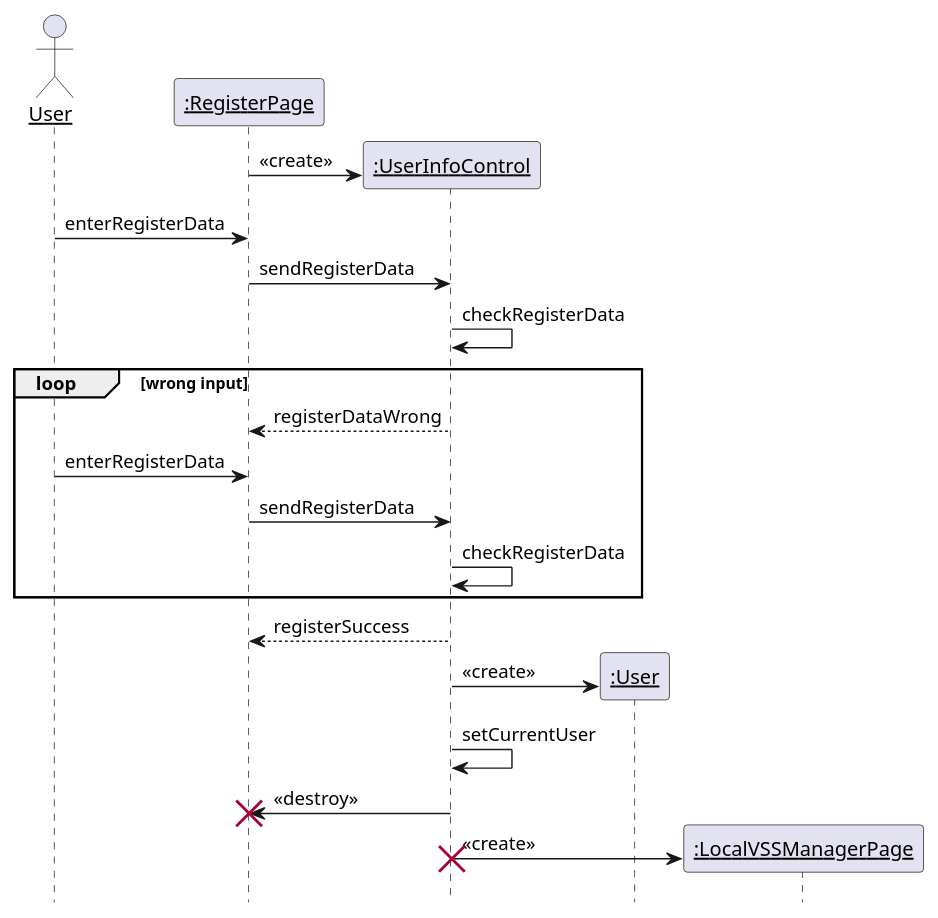
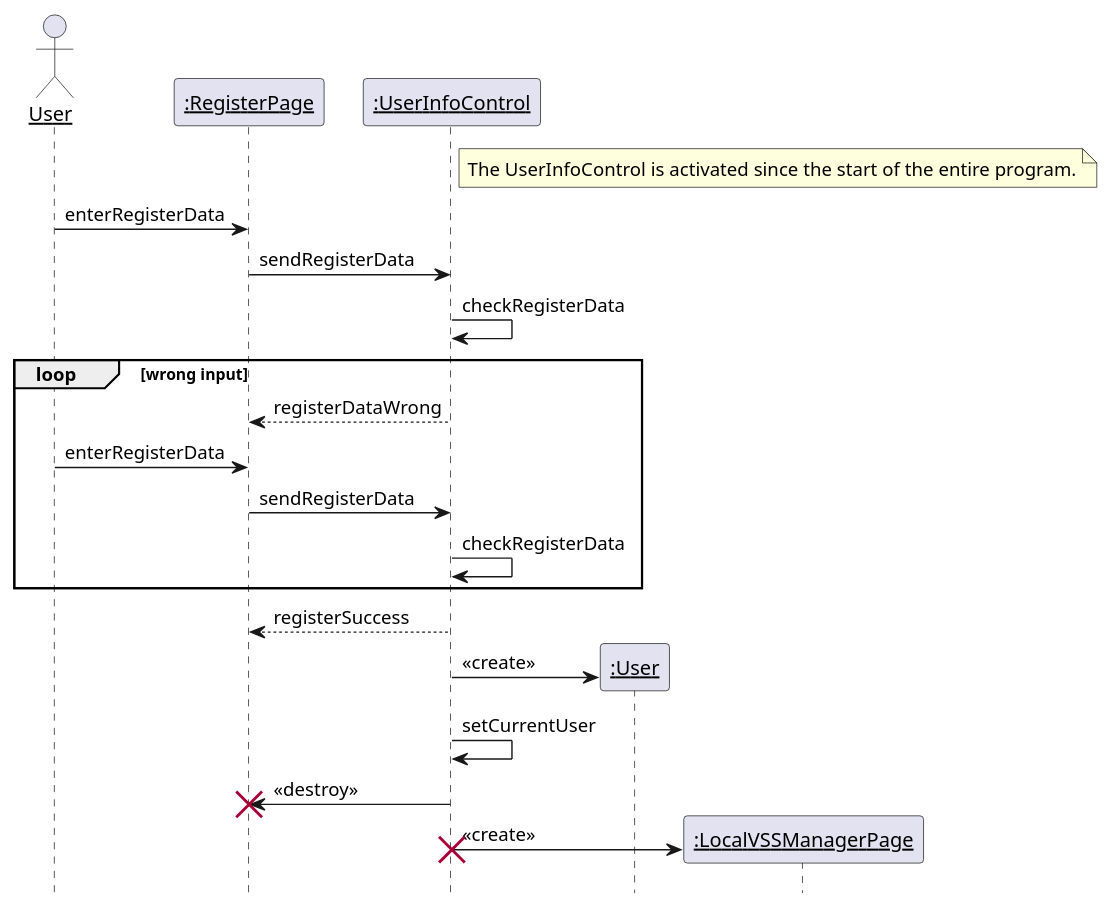
The first of 20 diagrams in 需求定义和分析/SeqDiagram.md (kpp19920121/doc), drawn with PlantUML before and after one commit. The commit also changed other lines of this file and 20 other files, not shown here.

````diff
--- a/需求定义和分析/SeqDiagram.md
+++ b/需求定义和分析/SeqDiagram.md
@@ -42,33 +60,33 @@
 ```PlantUML
 @startuml Register
 hide footbox
 skinparam sequenceParticipant underline
 
 actor User as user
 participant ":RegisterPage" as boundary
 participant ":UserInfoControl" as control
 participant ":User" as userdata
 participant ":LocalVSSManagerPage" as nextpage
 
-create control
-boundary -> control: <<create>>
+note right of control: The UserInfoControl is activated since the start of the entire program.
+
 user -> boundary: enterRegisterData
 boundary -> control: sendRegisterData
 control -> control: checkRegisterData
 loop wrong input
     control --> boundary: registerDataWrong
     user -> boundary: enterRegisterData
     boundary -> control: sendRegisterData
     control -> control: checkRegisterData
 end
 control --> boundary: registerSuccess
 create userdata
 control -> userdata: <<create>>
 control -> control: setCurrentUser
 control -> boundary: <<destroy>>
 destroy boundary
 create nextpage
 control -> nextpage: <<create>>
 destroy control
 @enduml
 ```
````
